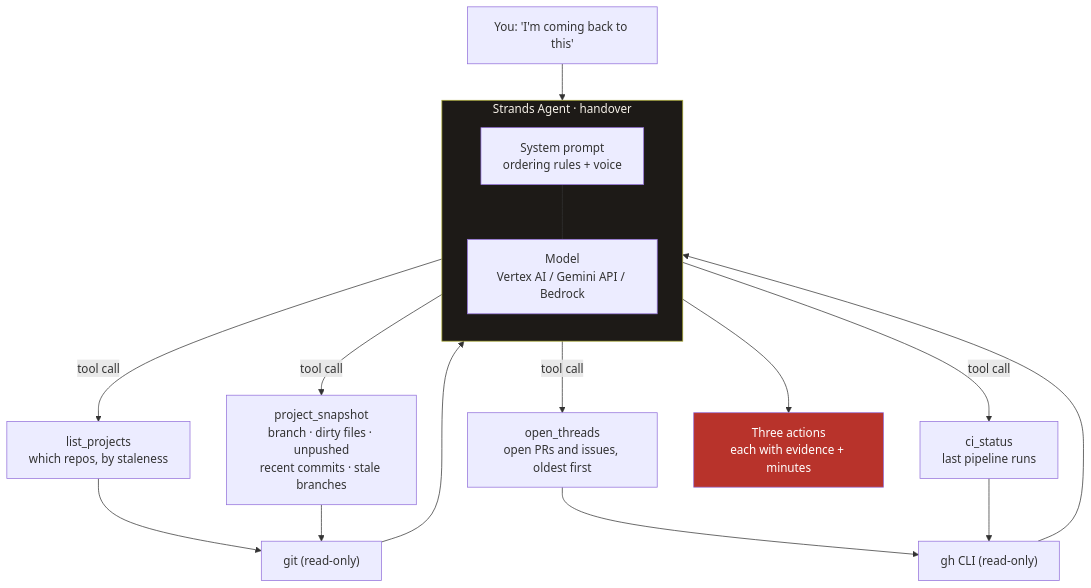
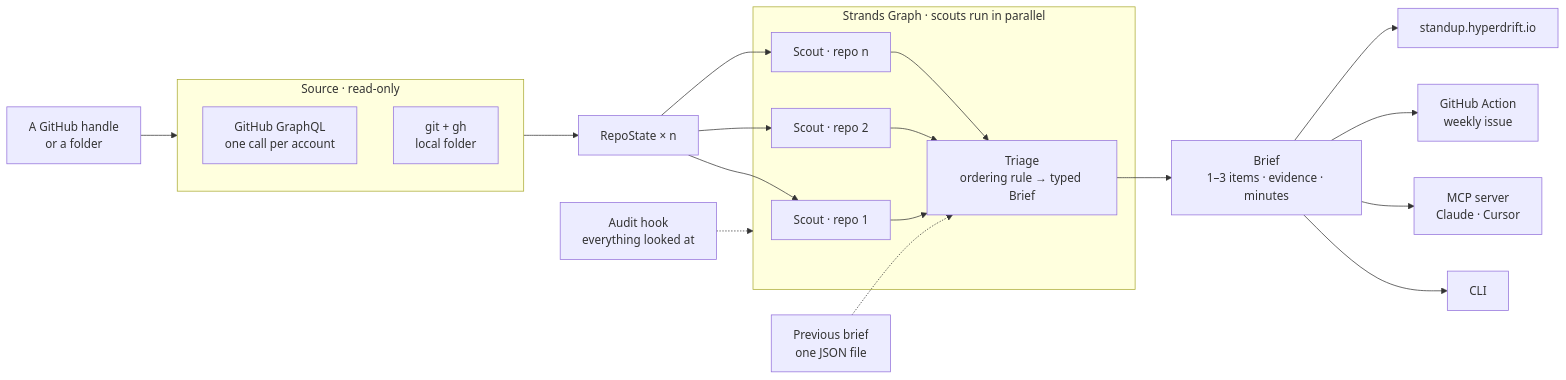
Before and after one commit to hyperdrift-io/standup: the diagram in README.md, drawn with Mermaid. The commit also changed other lines of this file, not shown here.

Commit message:
docs: README with real output, install paths and the graph diagram

````diff
--- a/README.md
+++ b/README.md
@@ -45,29 +96,24 @@
 ```mermaid
-flowchart TD
-    U["You: 'I'm coming back to this'"] --> A
-
-    subgraph A["Strands Agent · handover"]
-      direction TB
-      S["System prompt<br/>ordering rules + voice"]
-      L["Model<br/>Vertex AI / Gemini API / Bedrock"]
-      S --- L
+flowchart LR
+    U["A GitHub handle<br/>or a folder"] --> S
+    subgraph S["Source · read-only"]
+      G["GitHub GraphQL<br/>one call per account"]
+      L["git + gh<br/>local folder"]
     end
-
-    A -->|tool call| T1["list_projects<br/>which repos, by staleness"]
-    A -->|tool call| T2["project_snapshot<br/>branch · dirty files · unpushed<br/>recent commits · stale branches"]
-    A -->|tool call| T3["open_threads<br/>open PRs and issues, oldest first"]
-    A -->|tool call| T4["ci_status<br/>last pipeline runs"]
-
-    T1 --> G["git (read-only)"]
-    T2 --> G
-    T3 --> H["gh CLI (read-only)"]
-    T4 --> H
-
-    G --> A
-    H --> A
-
-    A --> O["Three actions<br/>each with evidence + minutes"]
-
-    style A fill:#1d1a17,color:#f6f1e8
-    style O fill:#b8332b,color:#ffffff
+    S --> ST["RepoState × n"]
+    ST --> SC1["Scout · repo 1"]
+    ST --> SC2["Scout · repo 2"]
+    ST --> SCn["Scout · repo n"]
+    subgraph GR["Strands Graph · scouts run in parallel"]
+      SC1 --> T["Triage<br/>ordering rule → typed Brief"]
+      SC2 --> T
+      SCn --> T
+    end
+    A["Audit hook<br/>everything looked at"] -.-> GR
+    P["Previous brief<br/>one JSON file"] -.-> T
+    T --> B["Brief<br/>1–3 items · evidence · minutes"]
+    B --> CLI["CLI"]
+    B --> MCP["MCP server<br/>Claude · Cursor"]
+    B --> ACT["GitHub Action<br/>weekly issue"]
+    B --> WEB["standup.hyperdrift.io"]
 ```
````
